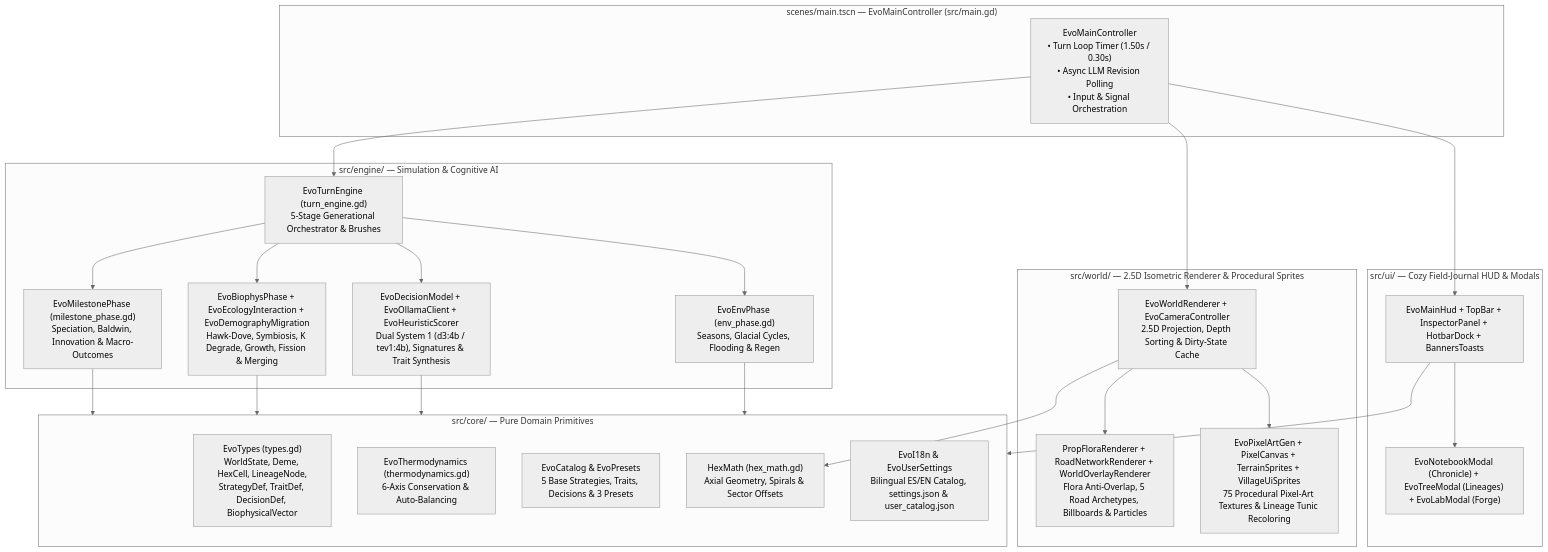
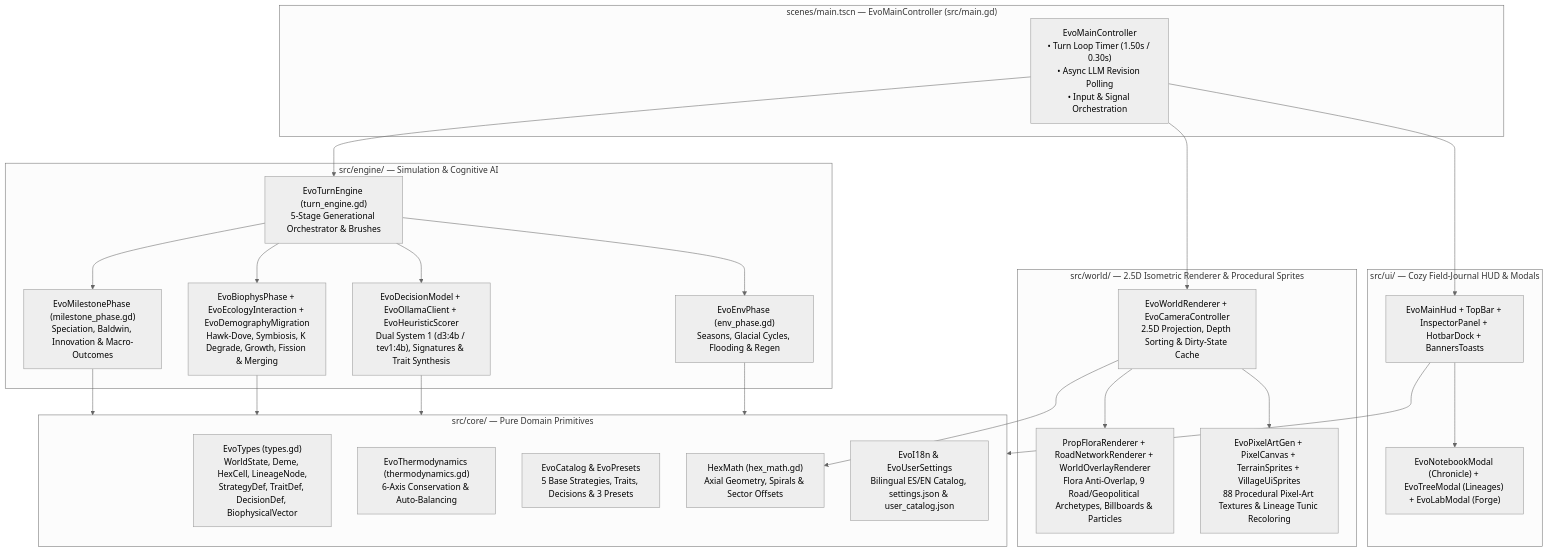
The diagram in gh-pages/architecture_developer.md (arrase/Evolution), drawn with Mermaid (neutral theme) before and after one commit. The commit also changed other lines of this file and 47 other files, not shown here.

````diff
--- a/gh-pages/architecture_developer.md
+++ b/gh-pages/architecture_developer.md
@@ -9,41 +9,41 @@
 ```mermaid
 flowchart TD
     subgraph Root ["scenes/main.tscn — EvoMainController (src/main.gd)"]
         Main["EvoMainController\n• Turn Loop Timer (1.50s / 0.30s)\n• Async LLM Revision Polling\n• Input & Signal Orchestration"]
     end
 
     subgraph Core ["src/core/ — Pure Domain Primitives"]
         Types["EvoTypes (types.gd)\nWorldState, Deme, HexCell, LineageNode,\nStrategyDef, TraitDef, DecisionDef, BiophysicalVector"]
         Thermo["EvoThermodynamics (thermodynamics.gd)\n6-Axis Conservation & Auto-Balancing"]
         Catalog["EvoCatalog & EvoPresets\n5 Base Strategies, Traits, Decisions & 3 Presets"]
         HexMath["HexMath (hex_math.gd)\nAxial Geometry, Spirals & Sector Offsets"]
         I18n["EvoI18n & EvoUserSettings\nBilingual ES/EN Catalog, settings.json & user_catalog.json"]
     end
 
     subgraph Engine ["src/engine/ — Simulation & Cognitive AI"]
         Turn["EvoTurnEngine (turn_engine.gd)\n5-Stage Generational Orchestrator & Brushes"]
         Env["EvoEnvPhase (env_phase.gd)\nSeasons, Glacial Cycles, Flooding & Regen"]
         Cog["EvoDecisionModel + EvoOllamaClient + EvoHeuristicScorer\nDual System 1 (d3:4b / tev1:4b), Signatures & Trait Synthesis"]
         Biophys["EvoBiophysPhase + EvoEcologyInteraction + EvoDemographyMigration\nHawk-Dove, Symbiosis, K Degrade, Growth, Fission & Merging"]
         Mile["EvoMilestonePhase (milestone_phase.gd)\nSpeciation, Baldwin, Innovation & Macro-Outcomes"]
     end
 
     subgraph World ["src/world/ — 2.5D Isometric Renderer & Procedural Sprites"]
         Renderer["EvoWorldRenderer + EvoCameraController\n2.5D Projection, Depth Sorting & Dirty-State Cache"]
-        SubRender["PropFloraRenderer + RoadNetworkRenderer + WorldOverlayRenderer\nFlora Anti-Overlap, 5 Road Archetypes, Billboards & Particles"]
-        Sprites["EvoPixelArtGen + PixelCanvas + TerrainSprites + VillageUiSprites\n75 Procedural Pixel-Art Textures & Lineage Tunic Recoloring"]
+        SubRender["PropFloraRenderer + RoadNetworkRenderer + WorldOverlayRenderer\nFlora Anti-Overlap, 9 Road/Geopolitical Archetypes, Billboards & Particles"]
+        Sprites["EvoPixelArtGen + PixelCanvas + TerrainSprites + VillageUiSprites\n88 Procedural Pixel-Art Textures & Lineage Tunic Recoloring"]
     end
 
     subgraph UI ["src/ui/ — Cozy Field-Journal HUD & Modals"]
         HUD["EvoMainHud + TopBar + InspectorPanel + HotbarDock + BannersToasts"]
         Modals["EvoNotebookModal (Chronicle) + EvoTreeModal (Lineages) + EvoLabModal (Forge)"]
     end
 
     Main --> Turn
     Main --> Renderer
     Main --> HUD
     Turn --> Env & Cog & Biophys & Mile
     Env & Cog & Biophys & Mile --> Core
     Renderer --> SubRender & Sprites & HexMath
     HUD --> Modals & Core
 ```
````
